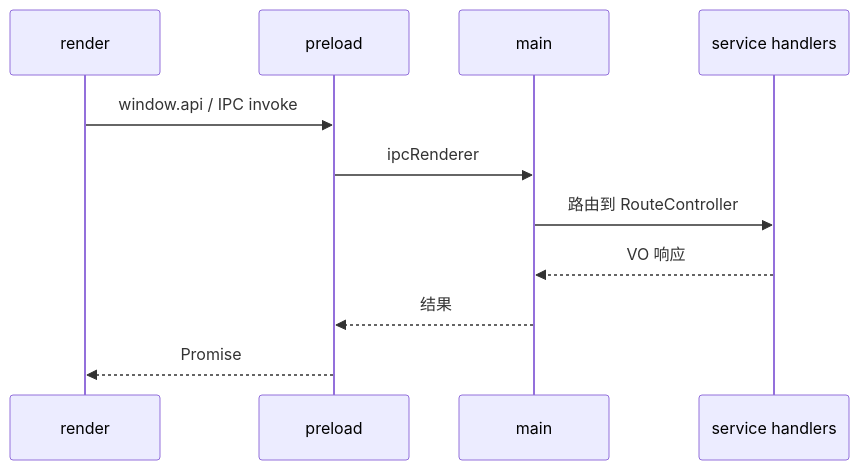
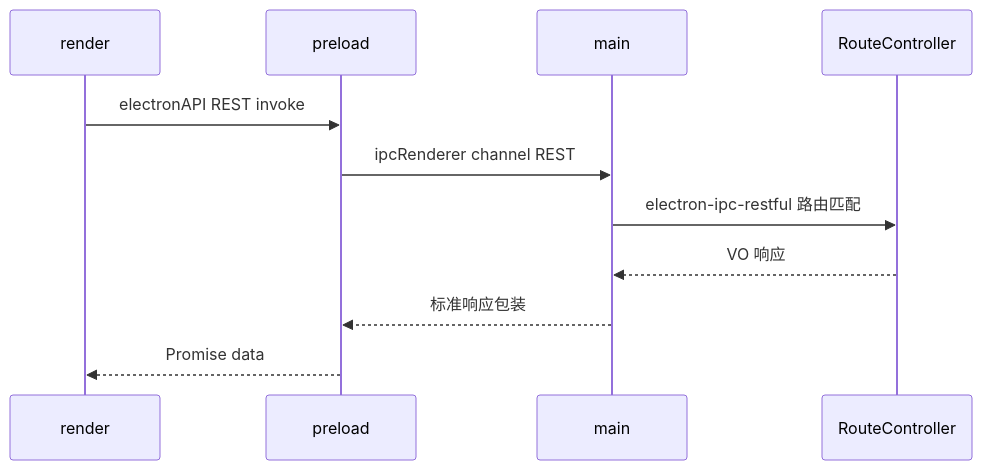
One commit to WinstonSue/true-north changed the diagram in doc/TechnicalWiki/architecture/desktop-layers.md. Above: the diagram before and after it, drawn with Mermaid. The commit also changed other lines of this file and 286 other files, not shown here.

````diff
--- a/doc/TechnicalWiki/architecture/desktop-layers.md
+++ b/doc/TechnicalWiki/architecture/desktop-layers.md
@@ -5,14 +5,14 @@
 ```mermaid
 sequenceDiagram
   participant R as render
   participant P as preload
   participant M as main
-  participant S as service handlers
+  participant RC as RouteController
 
-  R->>P: window.api / IPC invoke
-  P->>M: ipcRenderer
-  M->>S: 路由到 RouteController
-  S-->>M: VO 响应
-  M-->>P: 结果
-  P-->>R: Promise
+  R->>P: electronAPI REST invoke
+  P->>M: ipcRenderer channel REST
+  M->>RC: electron-ipc-restful 路由匹配
+  RC-->>M: VO 响应
+  M-->>P: 标准响应包装
+  P-->>R: Promise data
 ```
````
